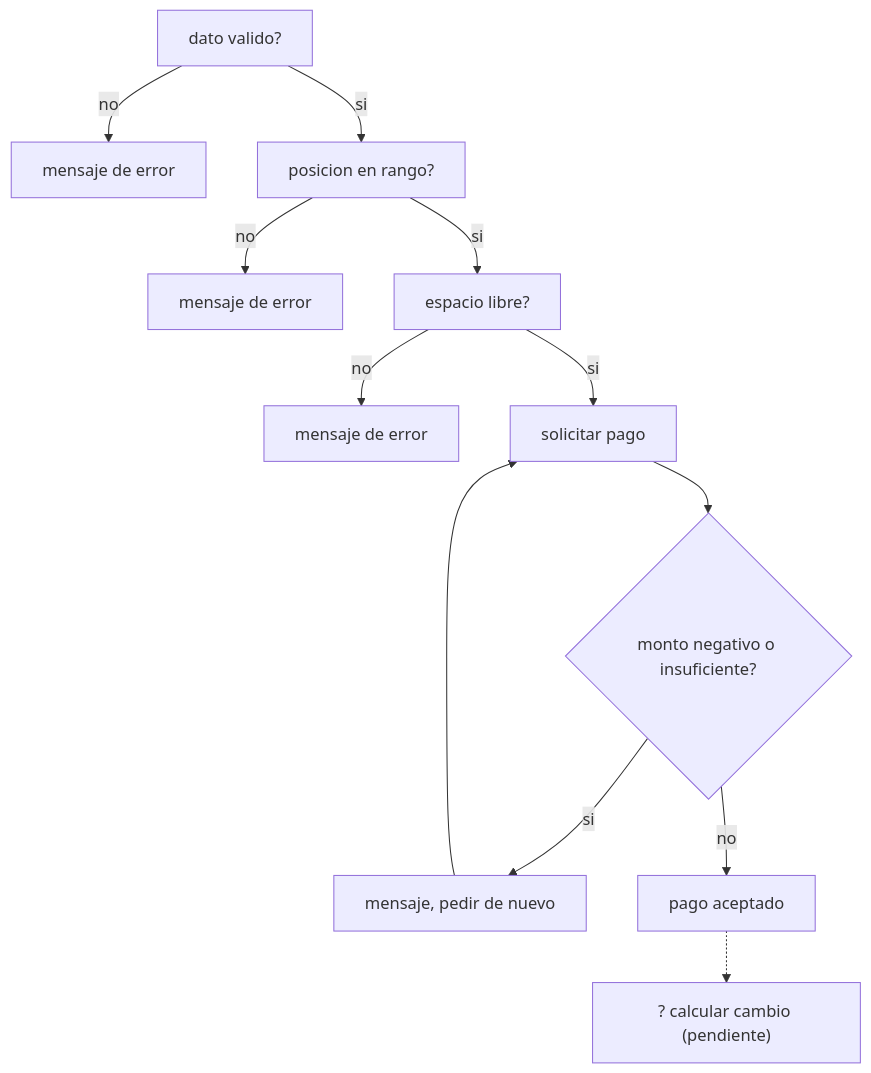
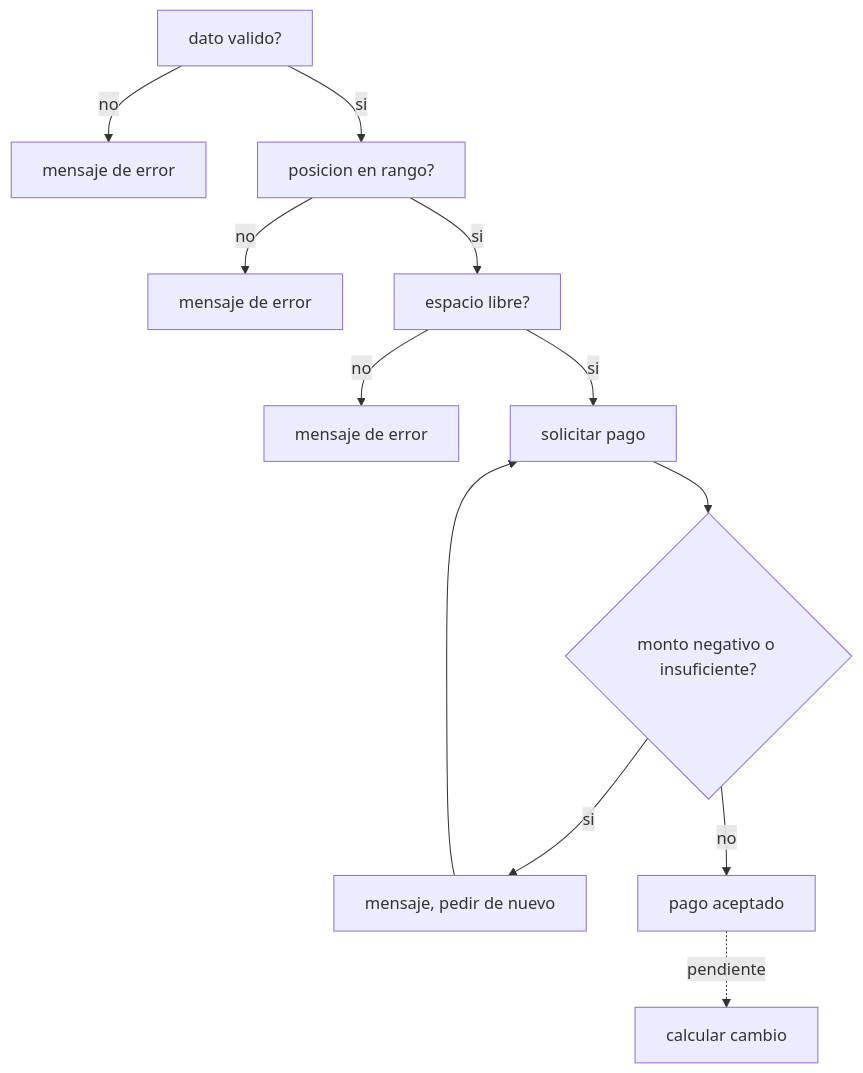
Before and after one commit to edpodev/IPC1-2S-2026: the diagram in GuiaParaConstruirProgramas/Practica1/05_validaciones_y_cobro/README.md, drawn with Mermaid. The commit also changed 16 other files, not shown here.

````diff
--- a/GuiaParaConstruirProgramas/Practica1/05_validaciones_y_cobro/README.md
+++ b/GuiaParaConstruirProgramas/Practica1/05_validaciones_y_cobro/README.md
@@ -11,14 +11,14 @@
 ```mermaid
 flowchart TD
-    A[dato valido?] -- no --> X1[mensaje de error]
-    A -- si --> B[posicion en rango?]
-    B -- no --> X2[mensaje de error]
-    B -- si --> C[espacio libre?]
-    C -- no --> X3[mensaje de error]
-    C -- si --> D[solicitar pago]
-    D --> E{monto negativo o insuficiente?}
-    E -- si --> F[mensaje, pedir de nuevo]
+    A["dato valido?"] -- no --> X1["mensaje de error"]
+    A -- si --> B["posicion en rango?"]
+    B -- no --> X2["mensaje de error"]
+    B -- si --> C["espacio libre?"]
+    C -- no --> X3["mensaje de error"]
+    C -- si --> D["solicitar pago"]
+    D --> E{"monto negativo o insuficiente?"}
+    E -- si --> F["mensaje, pedir de nuevo"]
     F --> D
-    E -- no --> G[pago aceptado]
-    G -.-> H["? calcular cambio (pendiente)"]
+    E -- no --> G["pago aceptado"]
+    G -.->|"pendiente"| H["calcular cambio"]
 ```
````
